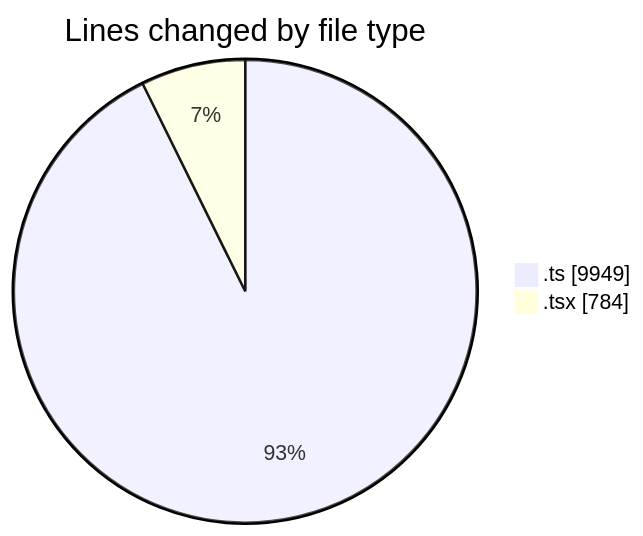
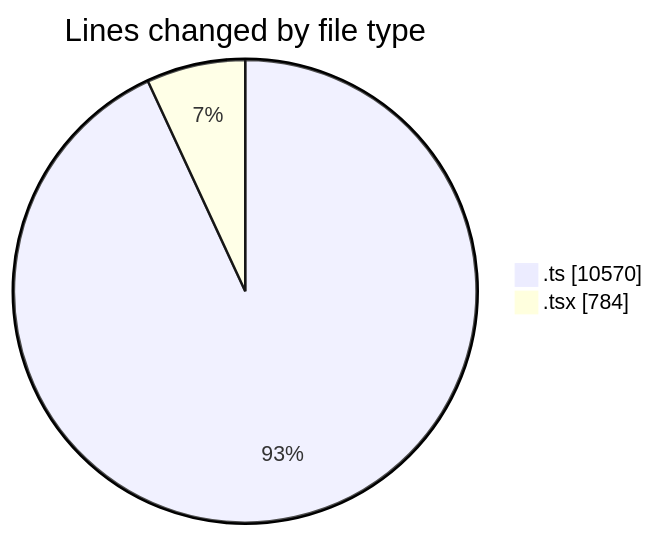
The first of 2 diagrams in 2025-06-11/cda/README.md (momahboobian/code-tracking), drawn with Mermaid before and after one commit. The commit also changed other lines of this file and 1 other file, not shown here.

````diff
--- a/2025-06-11/cda/README.md
+++ b/2025-06-11/cda/README.md
@@ -26,6 +27,6 @@
 ```mermaid
 pie showData
 title Lines changed by file type
-".ts" : 9949
+".ts" : 10570
 ".tsx" : 784
 ```
````
